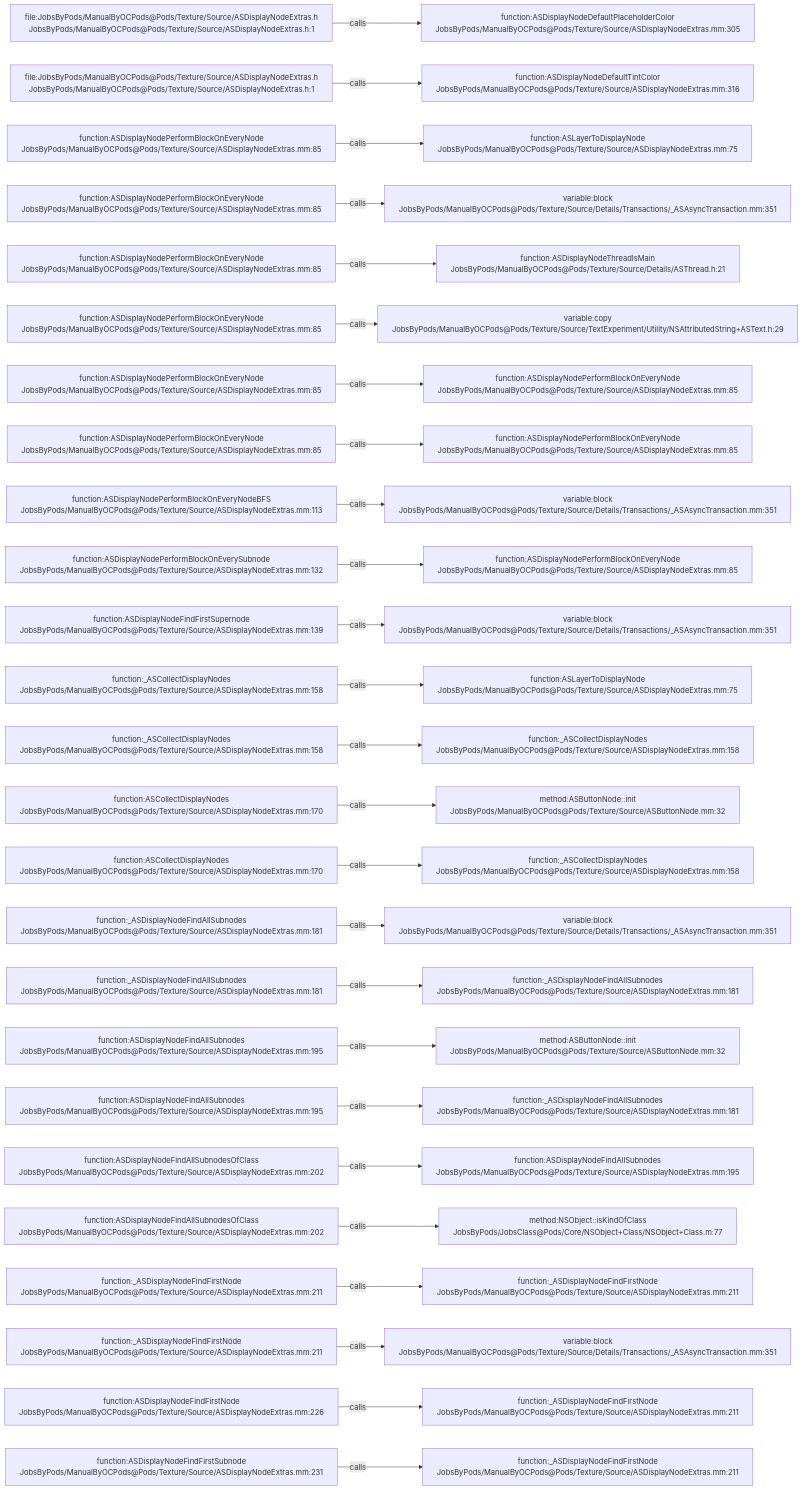
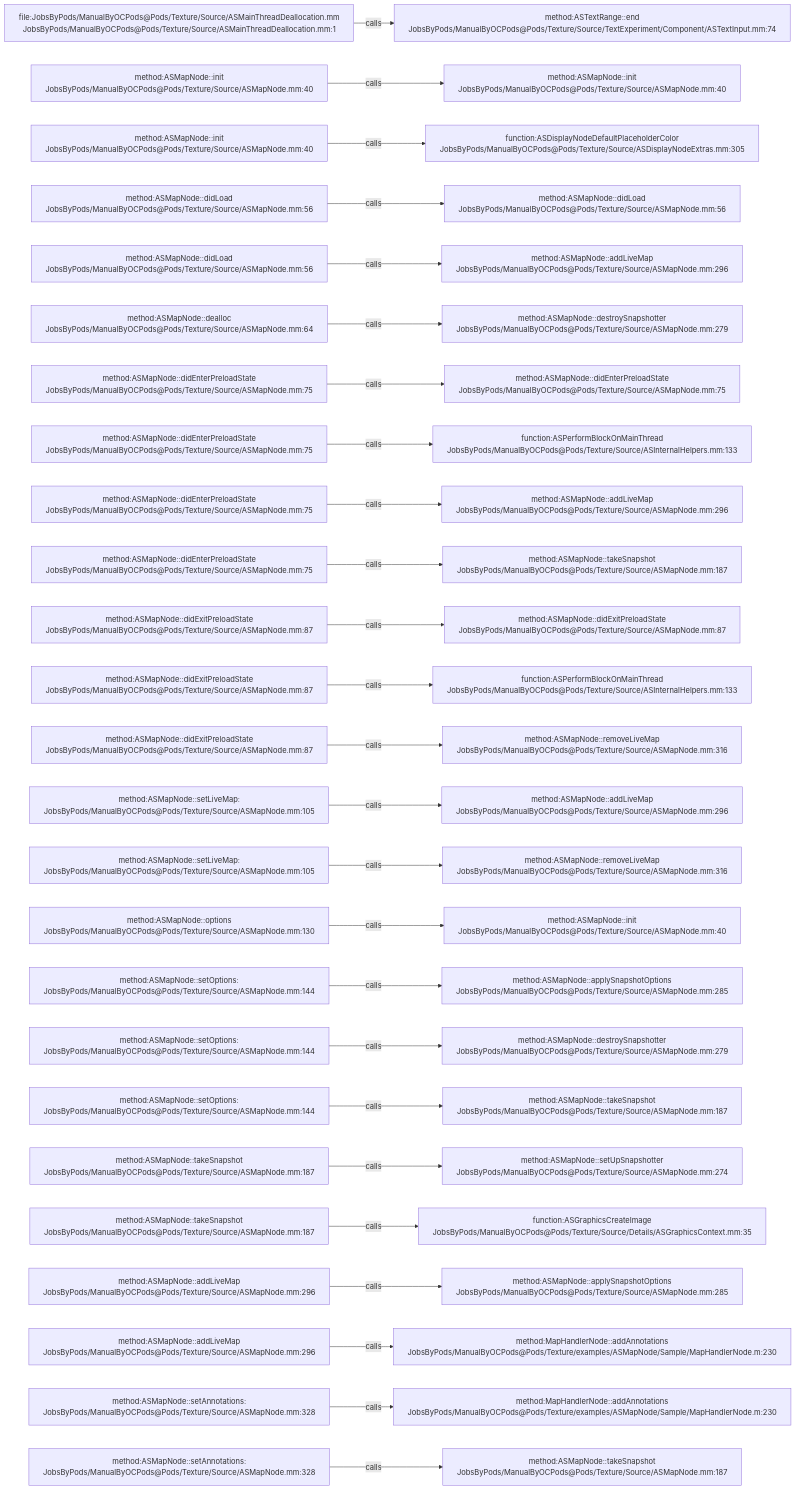
The diagram in .codegraph/codegraph.md/graphs/calls-098.md (JobsKits/JobsOCBaseConfigDemo), drawn with Mermaid before and after one commit. The commit also changed 2723 other files, not shown here.

````diff
--- a/.codegraph/codegraph.md/graphs/calls-098.md
+++ b/.codegraph/codegraph.md/graphs/calls-098.md
@@ -13,78 +13,78 @@
 ```mermaid
 flowchart LR
-  S1["file:JobsByPods/ManualByOCPods@Pods/Texture/Source/ASDisplayNodeExtras.h<br/>JobsByPods/ManualByOCPods@Pods/Texture/Source/ASDisplayNodeExtras.h:1"]
-  T1["function:ASDisplayNodeDefaultPlaceholderColor<br/>JobsByPods/ManualByOCPods@Pods/Texture/Source/ASDisplayNodeExtras.mm:305"]
+  S1["file:JobsByPods/ManualByOCPods@Pods/Texture/Source/ASMainThreadDeallocation.mm<br/>JobsByPods/ManualByOCPods@Pods/Texture/Source/ASMainThreadDeallocation.mm:1"]
+  T1["method:ASTextRange::end<br/>JobsByPods/ManualByOCPods@Pods/Texture/Source/TextExperiment/Component/ASTextInput.mm:74"]
   S1 -->|calls| T1
-  S2["file:JobsByPods/ManualByOCPods@Pods/Texture/Source/ASDisplayNodeExtras.h<br/>JobsByPods/ManualByOCPods@Pods/Texture/Source/ASDisplayNodeExtras.h:1"]
-  T2["function:ASDisplayNodeDefaultTintColor<br/>JobsByPods/ManualByOCPods@Pods/Texture/Source/ASDisplayNodeExtras.mm:316"]
+  S2["method:ASMapNode::init<br/>JobsByPods/ManualByOCPods@Pods/Texture/Source/ASMapNode.mm:40"]
+  T2["method:ASMapNode::init<br/>JobsByPods/ManualByOCPods@Pods/Texture/Source/ASMapNode.mm:40"]
   S2 -->|calls| T2
-  S3["function:ASDisplayNodePerformBlockOnEveryNode<br/>JobsByPods/ManualByOCPods@Pods/Texture/Source/ASDisplayNodeExtras.mm:85"]
-  T3["function:ASLayerToDisplayNode<br/>JobsByPods/ManualByOCPods@Pods/Texture/Source/ASDisplayNodeExtras.mm:75"]
+  S3["method:ASMapNode::init<br/>JobsByPods/ManualByOCPods@Pods/Texture/Source/ASMapNode.mm:40"]
+  T3["function:ASDisplayNodeDefaultPlaceholderColor<br/>JobsByPods/ManualByOCPods@Pods/Texture/Source/ASDisplayNodeExtras.mm:305"]
   S3 -->|calls| T3
-  S4["function:ASDisplayNodePerformBlockOnEveryNode<br/>JobsByPods/ManualByOCPods@Pods/Texture/Source/ASDisplayNodeExtras.mm:85"]
-  T4["variable:block<br/>JobsByPods/ManualByOCPods@Pods/Texture/Source/Details/Transactions/_ASAsyncTransaction.mm:351"]
+  S4["method:ASMapNode::didLoad<br/>JobsByPods/ManualByOCPods@Pods/Texture/Source/ASMapNode.mm:56"]
+  T4["method:ASMapNode::didLoad<br/>JobsByPods/ManualByOCPods@Pods/Texture/Source/ASMapNode.mm:56"]
   S4 -->|calls| T4
-  S5["function:ASDisplayNodePerformBlockOnEveryNode<br/>JobsByPods/ManualByOCPods@Pods/Texture/Source/ASDisplayNodeExtras.mm:85"]
-  T5["function:ASDisplayNodeThreadIsMain<br/>JobsByPods/ManualByOCPods@Pods/Texture/Source/Details/ASThread.h:21"]
+  S5["method:ASMapNode::didLoad<br/>JobsByPods/ManualByOCPods@Pods/Texture/Source/ASMapNode.mm:56"]
+  T5["method:ASMapNode::addLiveMap<br/>JobsByPods/ManualByOCPods@Pods/Texture/Source/ASMapNode.mm:296"]
   S5 -->|calls| T5
-  S6["function:ASDisplayNodePerformBlockOnEveryNode<br/>JobsByPods/ManualByOCPods@Pods/Texture/Source/ASDisplayNodeExtras.mm:85"]
-  T6["variable:copy<br/>JobsByPods/ManualByOCPods@Pods/Texture/Source/TextExperiment/Utility/NSAttributedString+ASText.h:29"]
+  S6["method:ASMapNode::dealloc<br/>JobsByPods/ManualByOCPods@Pods/Texture/Source/ASMapNode.mm:64"]
+  T6["method:ASMapNode::destroySnapshotter<br/>JobsByPods/ManualByOCPods@Pods/Texture/Source/ASMapNode.mm:279"]
   S6 -->|calls| T6
-  S7["function:ASDisplayNodePerformBlockOnEveryNode<br/>JobsByPods/ManualByOCPods@Pods/Texture/Source/ASDisplayNodeExtras.mm:85"]
-  T7["function:ASDisplayNodePerformBlockOnEveryNode<br/>JobsByPods/ManualByOCPods@Pods/Texture/Source/ASDisplayNodeExtras.mm:85"]
+  S7["method:ASMapNode::didEnterPreloadState<br/>JobsByPods/ManualByOCPods@Pods/Texture/Source/ASMapNode.mm:75"]
+  T7["method:ASMapNode::didEnterPreloadState<br/>JobsByPods/ManualByOCPods@Pods/Texture/Source/ASMapNode.mm:75"]
   S7 -->|calls| T7
-  S8["function:ASDisplayNodePerformBlockOnEveryNode<br/>JobsByPods/ManualByOCPods@Pods/Texture/Source/ASDisplayNodeExtras.mm:85"]
-  T8["function:ASDisplayNodePerformBlockOnEveryNode<br/>JobsByPods/ManualByOCPods@Pods/Texture/Source/ASDisplayNodeExtras.mm:85"]
+  S8["method:ASMapNode::didEnterPreloadState<br/>JobsByPods/ManualByOCPods@Pods/Texture/Source/ASMapNode.mm:75"]
+  T8["function:ASPerformBlockOnMainThread<br/>JobsByPods/ManualByOCPods@Pods/Texture/Source/ASInternalHelpers.mm:133"]
   S8 -->|calls| T8
-  S9["function:ASDisplayNodePerformBlockOnEveryNodeBFS<br/>JobsByPods/ManualByOCPods@Pods/Texture/Source/ASDisplayNodeExtras.mm:113"]
-  T9["variable:block<br/>JobsByPods/ManualByOCPods@Pods/Texture/Source/Details/Transactions/_ASAsyncTransaction.mm:351"]
+  S9["method:ASMapNode::didEnterPreloadState<br/>JobsByPods/ManualByOCPods@Pods/Texture/Source/ASMapNode.mm:75"]
+  T9["method:ASMapNode::addLiveMap<br/>JobsByPods/ManualByOCPods@Pods/Texture/Source/ASMapNode.mm:296"]
   S9 -->|calls| T9
-  S10["function:ASDisplayNodePerformBlockOnEverySubnode<br/>JobsByPods/ManualByOCPods@Pods/Texture/Source/ASDisplayNodeExtras.mm:132"]
-  T10["function:ASDisplayNodePerformBlockOnEveryNode<br/>JobsByPods/ManualByOCPods@Pods/Texture/Source/ASDisplayNodeExtras.mm:85"]
+  S10["method:ASMapNode::didEnterPreloadState<br/>JobsByPods/ManualByOCPods@Pods/Texture/Source/ASMapNode.mm:75"]
+  T10["method:ASMapNode::takeSnapshot<br/>JobsByPods/ManualByOCPods@Pods/Texture/Source/ASMapNode.mm:187"]
   S10 -->|calls| T10
-  S11["function:ASDisplayNodeFindFirstSupernode<br/>JobsByPods/ManualByOCPods@Pods/Texture/Source/ASDisplayNodeExtras.mm:139"]
-  T11["variable:block<br/>JobsByPods/ManualByOCPods@Pods/Texture/Source/Details/Transactions/_ASAsyncTransaction.mm:351"]
+  S11["method:ASMapNode::didExitPreloadState<br/>JobsByPods/ManualByOCPods@Pods/Texture/Source/ASMapNode.mm:87"]
+  T11["method:ASMapNode::didExitPreloadState<br/>JobsByPods/ManualByOCPods@Pods/Texture/Source/ASMapNode.mm:87"]
   S11 -->|calls| T11
-  S12["function:_ASCollectDisplayNodes<br/>JobsByPods/ManualByOCPods@Pods/Texture/Source/ASDisplayNodeExtras.mm:158"]
-  T12["function:ASLayerToDisplayNode<br/>JobsByPods/ManualByOCPods@Pods/Texture/Source/ASDisplayNodeExtras.mm:75"]
+  S12["method:ASMapNode::didExitPreloadState<br/>JobsByPods/ManualByOCPods@Pods/Texture/Source/ASMapNode.mm:87"]
+  T12["function:ASPerformBlockOnMainThread<br/>JobsByPods/ManualByOCPods@Pods/Texture/Source/ASInternalHelpers.mm:133"]
   S12 -->|calls| T12
-  S13["function:_ASCollectDisplayNodes<br/>JobsByPods/ManualByOCPods@Pods/Texture/Source/ASDisplayNodeExtras.mm:158"]
-  T13["function:_ASCollectDisplayNodes<br/>JobsByPods/ManualByOCPods@Pods/Texture/Source/ASDisplayNodeExtras.mm:158"]
+  S13["method:ASMapNode::didExitPreloadState<br/>JobsByPods/ManualByOCPods@Pods/Texture/Source/ASMapNode.mm:87"]
+  T13["method:ASMapNode::removeLiveMap<br/>JobsByPods/ManualByOCPods@Pods/Texture/Source/ASMapNode.mm:316"]
   S13 -->|calls| T13
-  S14["function:ASCollectDisplayNodes<br/>JobsByPods/ManualByOCPods@Pods/Texture/Source/ASDisplayNodeExtras.mm:170"]
-  T14["method:ASButtonNode::init<br/>JobsByPods/ManualByOCPods@Pods/Texture/Source/ASButtonNode.mm:32"]
+  S14["method:ASMapNode::setLiveMap:<br/>JobsByPods/ManualByOCPods@Pods/Texture/Source/ASMapNode.mm:105"]
+  T14["method:ASMapNode::addLiveMap<br/>JobsByPods/ManualByOCPods@Pods/Texture/Source/ASMapNode.mm:296"]
   S14 -->|calls| T14
-  S15["function:ASCollectDisplayNodes<br/>JobsByPods/ManualByOCPods@Pods/Texture/Source/ASDisplayNodeExtras.mm:170"]
-  T15["function:_ASCollectDisplayNodes<br/>JobsByPods/ManualByOCPods@Pods/Texture/Source/ASDisplayNodeExtras.mm:158"]
+  S15["method:ASMapNode::setLiveMap:<br/>JobsByPods/ManualByOCPods@Pods/Texture/Source/ASMapNode.mm:105"]
+  T15["method:ASMapNode::removeLiveMap<br/>JobsByPods/ManualByOCPods@Pods/Texture/Source/ASMapNode.mm:316"]
   S15 -->|calls| T15
-  S16["function:_ASDisplayNodeFindAllSubnodes<br/>JobsByPods/ManualByOCPods@Pods/Texture/Source/ASDisplayNodeExtras.mm:181"]
-  T16["variable:block<br/>JobsByPods/ManualByOCPods@Pods/Texture/Source/Details/Transactions/_ASAsyncTransaction.mm:351"]
+  S16["method:ASMapNode::options<br/>JobsByPods/ManualByOCPods@Pods/Texture/Source/ASMapNode.mm:130"]
+  T16["method:ASMapNode::init<br/>JobsByPods/ManualByOCPods@Pods/Texture/Source/ASMapNode.mm:40"]
   S16 -->|calls| T16
-  S17["function:_ASDisplayNodeFindAllSubnodes<br/>JobsByPods/ManualByOCPods@Pods/Texture/Source/ASDisplayNodeExtras.mm:181"]
-  T17["function:_ASDisplayNodeFindAllSubnodes<br/>JobsByPods/ManualByOCPods@Pods/Texture/Source/ASDisplayNodeExtras.mm:181"]
+  S17["method:ASMapNode::setOptions:<br/>JobsByPods/ManualByOCPods@Pods/Texture/Source/ASMapNode.mm:144"]
+  T17["method:ASMapNode::applySnapshotOptions<br/>JobsByPods/ManualByOCPods@Pods/Texture/Source/ASMapNode.mm:285"]
   S17 -->|calls| T17
-  S18["function:ASDisplayNodeFindAllSubnodes<br/>JobsByPods/ManualByOCPods@Pods/Texture/Source/ASDisplayNodeExtras.mm:195"]
-  T18["method:ASButtonNode::init<br/>JobsByPods/ManualByOCPods@Pods/Texture/Source/ASButtonNode.mm:32"]
+  S18["method:ASMapNode::setOptions:<br/>JobsByPods/ManualByOCPods@Pods/Texture/Source/ASMapNode.mm:144"]
+  T18["method:ASMapNode::destroySnapshotter<br/>JobsByPods/ManualByOCPods@Pods/Texture/Source/ASMapNode.mm:279"]
   S18 -->|calls| T18
-  S19["function:ASDisplayNodeFindAllSubnodes<br/>JobsByPods/ManualByOCPods@Pods/Texture/Source/ASDisplayNodeExtras.mm:195"]
-  T19["function:_ASDisplayNodeFindAllSubnodes<br/>JobsByPods/ManualByOCPods@Pods/Texture/Source/ASDisplayNodeExtras.mm:181"]
+  S19["method:ASMapNode::setOptions:<br/>JobsByPods/ManualByOCPods@Pods/Texture/Source/ASMapNode.mm:144"]
+  T19["method:ASMapNode::takeSnapshot<br/>JobsByPods/ManualByOCPods@Pods/Texture/Source/ASMapNode.mm:187"]
   S19 -->|calls| T19
-  S20["function:ASDisplayNodeFindAllSubnodesOfClass<br/>JobsByPods/ManualByOCPods@Pods/Texture/Source/ASDisplayNodeExtras.mm:202"]
-  T20["function:ASDisplayNodeFindAllSubnodes<br/>JobsByPods/ManualByOCPods@Pods/Texture/Source/ASDisplayNodeExtras.mm:195"]
+  S20["method:ASMapNode::takeSnapshot<br/>JobsByPods/ManualByOCPods@Pods/Texture/Source/ASMapNode.mm:187"]
+  T20["method:ASMapNode::setUpSnapshotter<br/>JobsByPods/ManualByOCPods@Pods/Texture/Source/ASMapNode.mm:274"]
   S20 -->|calls| T20
-  S21["function:ASDisplayNodeFindAllSubnodesOfClass<br/>JobsByPods/ManualByOCPods@Pods/Texture/Source/ASDisplayNodeExtras.mm:202"]
-  T21["method:NSObject::isKindOfClass<br/>JobsByPods/JobsClass@Pods/Core/NSObject+Class/NSObject+Class.m:77"]
+  S21["method:ASMapNode::takeSnapshot<br/>JobsByPods/ManualByOCPods@Pods/Texture/Source/ASMapNode.mm:187"]
+  T21["function:ASGraphicsCreateImage<br/>JobsByPods/ManualByOCPods@Pods/Texture/Source/Details/ASGraphicsContext.mm:35"]
   S21 -->|calls| T21
-  S22["function:_ASDisplayNodeFindFirstNode<br/>JobsByPods/ManualByOCPods@Pods/Texture/Source/ASDisplayNodeExtras.mm:211"]
-  T22["function:_ASDisplayNodeFindFirstNode<br/>JobsByPods/ManualByOCPods@Pods/Texture/Source/ASDisplayNodeExtras.mm:211"]
+  S22["method:ASMapNode::addLiveMap<br/>JobsByPods/ManualByOCPods@Pods/Texture/Source/ASMapNode.mm:296"]
+  T22["method:ASMapNode::applySnapshotOptions<br/>JobsByPods/ManualByOCPods@Pods/Texture/Source/ASMapNode.mm:285"]
   S22 -->|calls| T22
-  S23["function:_ASDisplayNodeFindFirstNode<br/>JobsByPods/ManualByOCPods@Pods/Texture/Source/ASDisplayNodeExtras.mm:211"]
-  T23["variable:block<br/>JobsByPods/ManualByOCPods@Pods/Texture/Source/Details/Transactions/_ASAsyncTransaction.mm:351"]
+  S23["method:ASMapNode::addLiveMap<br/>JobsByPods/ManualByOCPods@Pods/Texture/Source/ASMapNode.mm:296"]
+  T23["method:MapHandlerNode::addAnnotations<br/>JobsByPods/ManualByOCPods@Pods/Texture/examples/ASMapNode/Sample/MapHandlerNode.m:230"]
   S23 -->|calls| T23
-  S24["function:ASDisplayNodeFindFirstNode<br/>JobsByPods/ManualByOCPods@Pods/Texture/Source/ASDisplayNodeExtras.mm:226"]
-  T24["function:_ASDisplayNodeFindFirstNode<br/>JobsByPods/ManualByOCPods@Pods/Texture/Source/ASDisplayNodeExtras.mm:211"]
+  S24["method:ASMapNode::setAnnotations:<br/>JobsByPods/ManualByOCPods@Pods/Texture/Source/ASMapNode.mm:328"]
+  T24["method:MapHandlerNode::addAnnotations<br/>JobsByPods/ManualByOCPods@Pods/Texture/examples/ASMapNode/Sample/MapHandlerNode.m:230"]
   S24 -->|calls| T24
-  S25["function:ASDisplayNodeFindFirstSubnode<br/>JobsByPods/ManualByOCPods@Pods/Texture/Source/ASDisplayNodeExtras.mm:231"]
-  T25["function:_ASDisplayNodeFindFirstNode<br/>JobsByPods/ManualByOCPods@Pods/Texture/Source/ASDisplayNodeExtras.mm:211"]
+  S25["method:ASMapNode::setAnnotations:<br/>JobsByPods/ManualByOCPods@Pods/Texture/Source/ASMapNode.mm:328"]
+  T25["method:ASMapNode::takeSnapshot<br/>JobsByPods/ManualByOCPods@Pods/Texture/Source/ASMapNode.mm:187"]
   S25 -->|calls| T25
 ```
````
